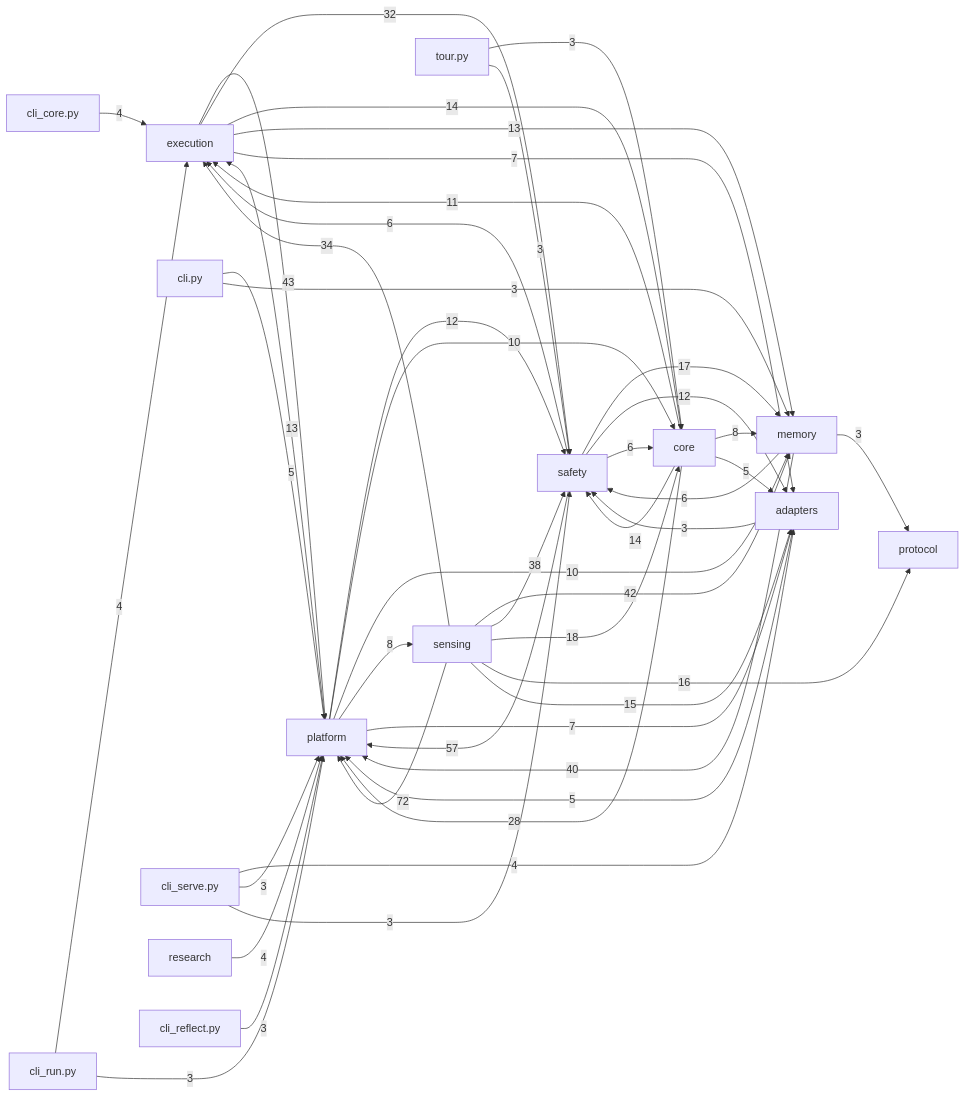
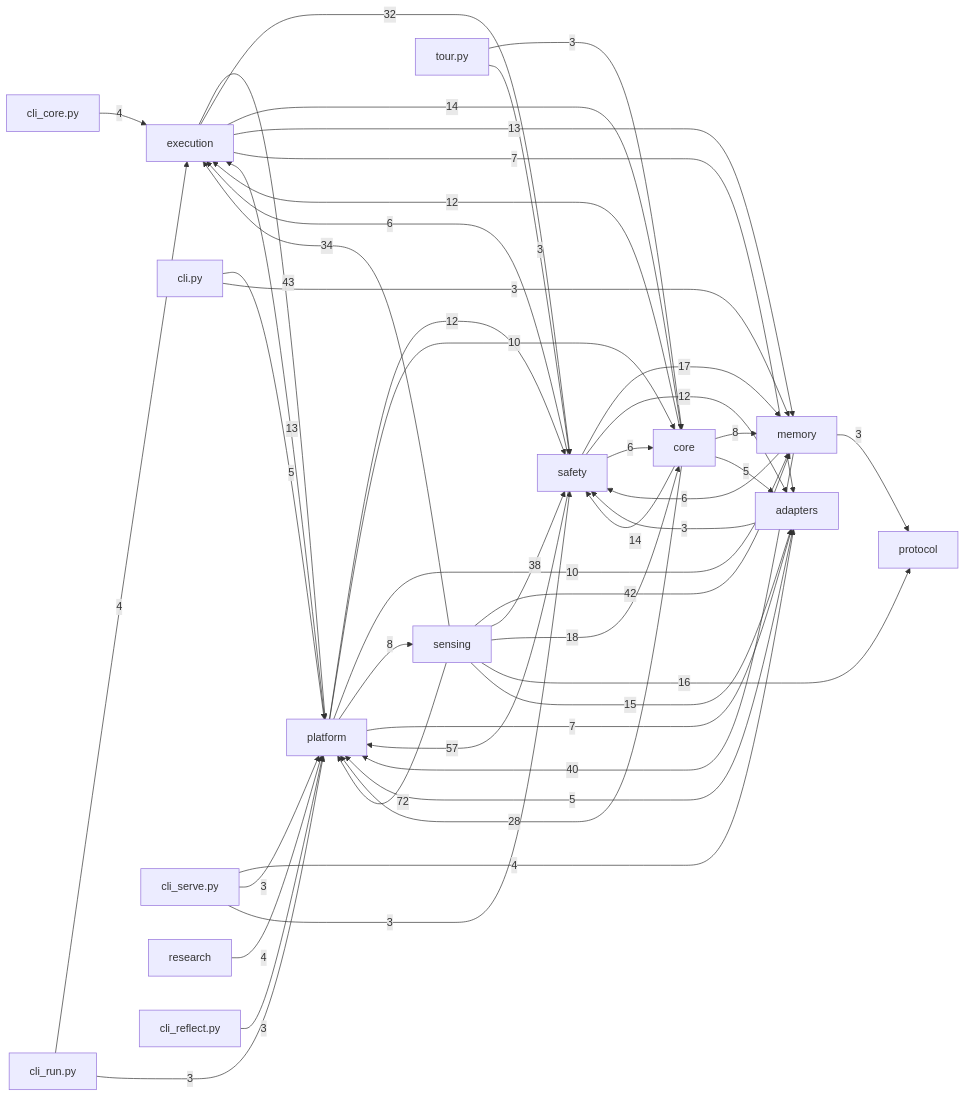
Before and after one commit to dengdenghua/octopus-agent: the diagram in docs/auto/20-backend/index.md, drawn with Mermaid. The commit also changed 12 other files, not shown here.

````diff
--- a/docs/auto/20-backend/index.md
+++ b/docs/auto/20-backend/index.md
@@ -19,55 +19,55 @@
 ```mermaid
 graph LR
   execution[execution]
   core[core]
   safety[safety]
   memory[memory]
   sensing[sensing]
   adapters[adapters]
   platform[platform]
   sensing -- 72 --> platform
   safety -- 57 --> platform
   execution -- 43 --> platform
   sensing -- 42 --> memory
   memory -- 40 --> platform
   sensing -- 38 --> safety
   sensing -- 34 --> execution
   execution -- 32 --> safety
   core -- 28 --> platform
   sensing -- 18 --> core
   safety -- 17 --> memory
   sensing -- 16 --> protocol
   sensing -- 15 --> adapters
   core -- 14 --> safety
   execution -- 14 --> core
   execution -- 13 --> memory
   platform -- 13 --> execution
+  core -- 12 --> execution
   platform -- 12 --> safety
   safety -- 12 --> adapters
-  core -- 11 --> execution
   platform -- 10 --> core
   platform -- 10 --> memory
   core -- 8 --> memory
   platform -- 8 --> sensing
   execution -- 7 --> adapters
   platform -- 7 --> adapters
   memory -- 6 --> safety
   safety -- 6 --> core
   safety -- 6 --> execution
   adapters -- 5 --> platform
   cli.py -- 5 --> platform
   core -- 5 --> adapters
   cli_core.py -- 4 --> execution
   cli_run.py -- 4 --> execution
   cli_serve.py -- 4 --> adapters
   research -- 4 --> platform
   adapters -- 3 --> safety
   cli.py -- 3 --> memory
   cli_reflect.py -- 3 --> platform
   cli_run.py -- 3 --> platform
   cli_serve.py -- 3 --> platform
   cli_serve.py -- 3 --> safety
   memory -- 3 --> protocol
   tour.py -- 3 --> core
   tour.py -- 3 --> safety
 ```
````
